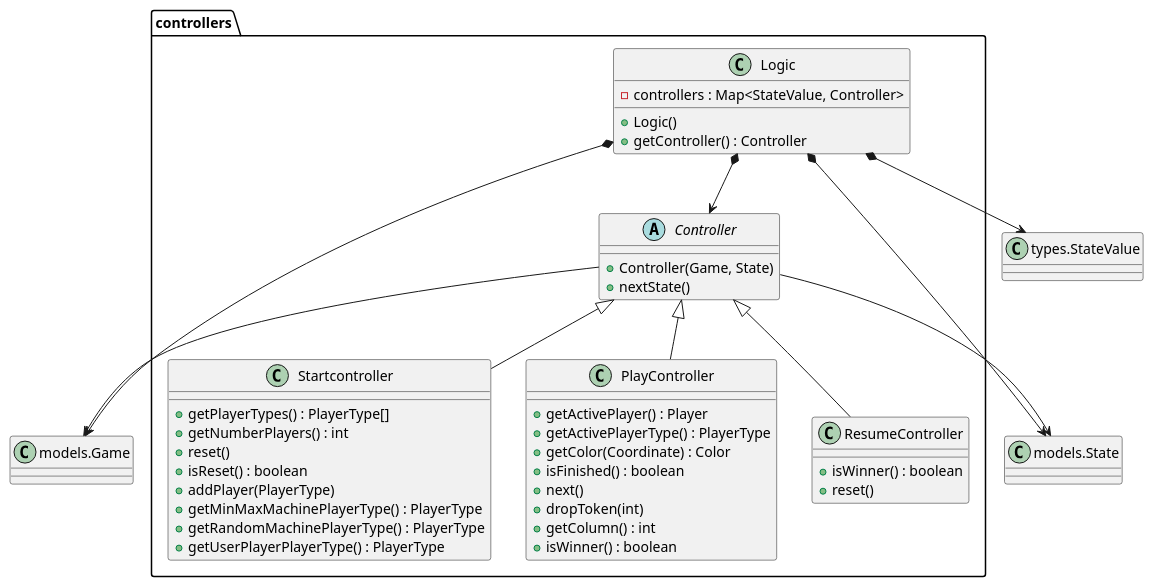
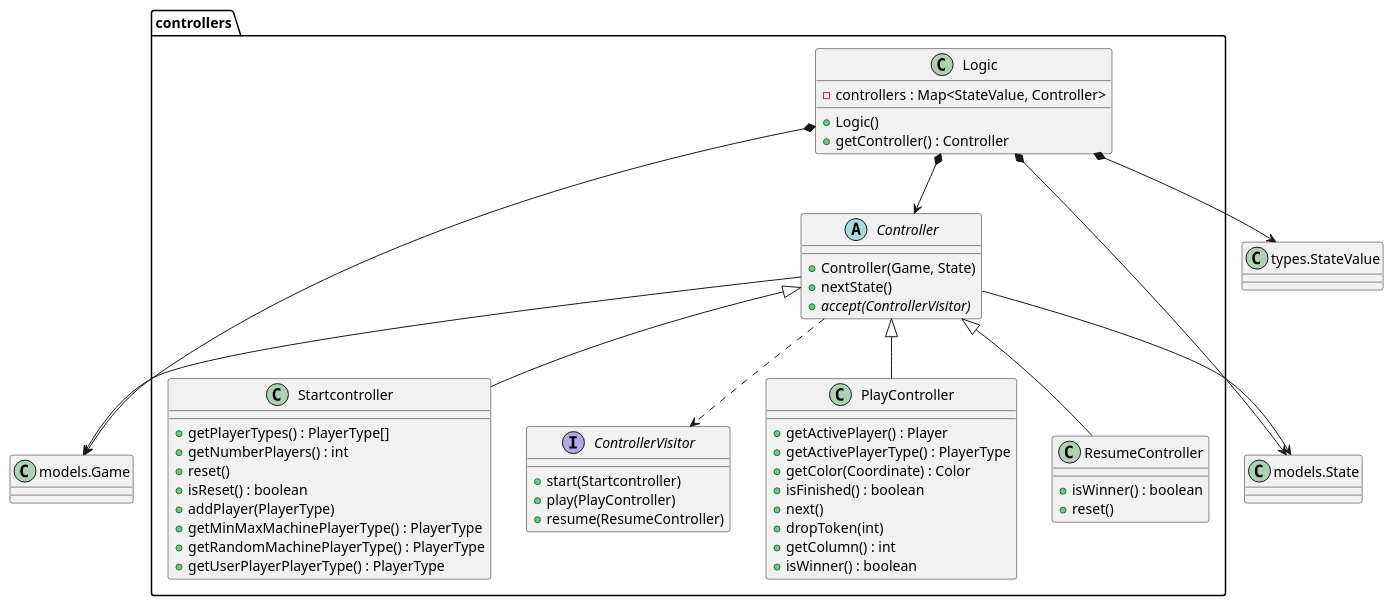
Before and after one commit to js-rom/connect4: the diagram in connect4/Docs/diagrams/src/packages/connect4.connect4.controllers.plantuml, drawn with PlantUML. The commit also changed 9 other files, not shown here.

```diff
--- a/connect4/Docs/diagrams/src/packages/connect4.connect4.controllers.plantuml
+++ b/connect4/Docs/diagrams/src/packages/connect4.connect4.controllers.plantuml
@@ -1,61 +1,68 @@
 @startuml connect4.connect4.controllers
 
 class controllers.Logic {
     -controllers : Map<StateValue, Controller> 
     +Logic()
     +getController() : Controller
 }
 
 abstract class controllers.Controller {
     +Controller(Game, State)
     +nextState()
+    + {abstract} accept(ControllerVisitor)
 }
 
 class controllers.Startcontroller {
 
     +getPlayerTypes() : PlayerType[]
     +getNumberPlayers() : int
     +reset()
     +isReset() : boolean
     +addPlayer(PlayerType)
     +getMinMaxMachinePlayerType() : PlayerType
     +getRandomMachinePlayerType() : PlayerType
     +getUserPlayerPlayerType() : PlayerType
+}
+
+interface controllers.ControllerVisitor {
+    +start(Startcontroller)
+    +play(PlayController)
+    +resume(ResumeController)
 }
 
 class controllers.PlayController{
     +getActivePlayer() : Player
     +getActivePlayerType() : PlayerType
     +getColor(Coordinate) : Color
     +isFinished() : boolean
     +next()
     +dropToken(int)
     +getColumn() : int
     +isWinner() : boolean
 }
 class controllers.ResumeController{
     +isWinner() : boolean
     +reset()
 }
 
 class Game as "models.Game"
 class State as "models.State"
 class StateValue as "types.StateValue"
 
 
 
-
+Controller ..> ControllerVisitor
 Controller <|-- Startcontroller
 Controller <|-- PlayController
 Controller <|-- ResumeController
 
 Logic *--> Game
 Logic *--> State
 Logic *--> Controller
 Logic *--> StateValue
 
 Controller --> Game
 Controller --> State
 
 
 @enduml
```
